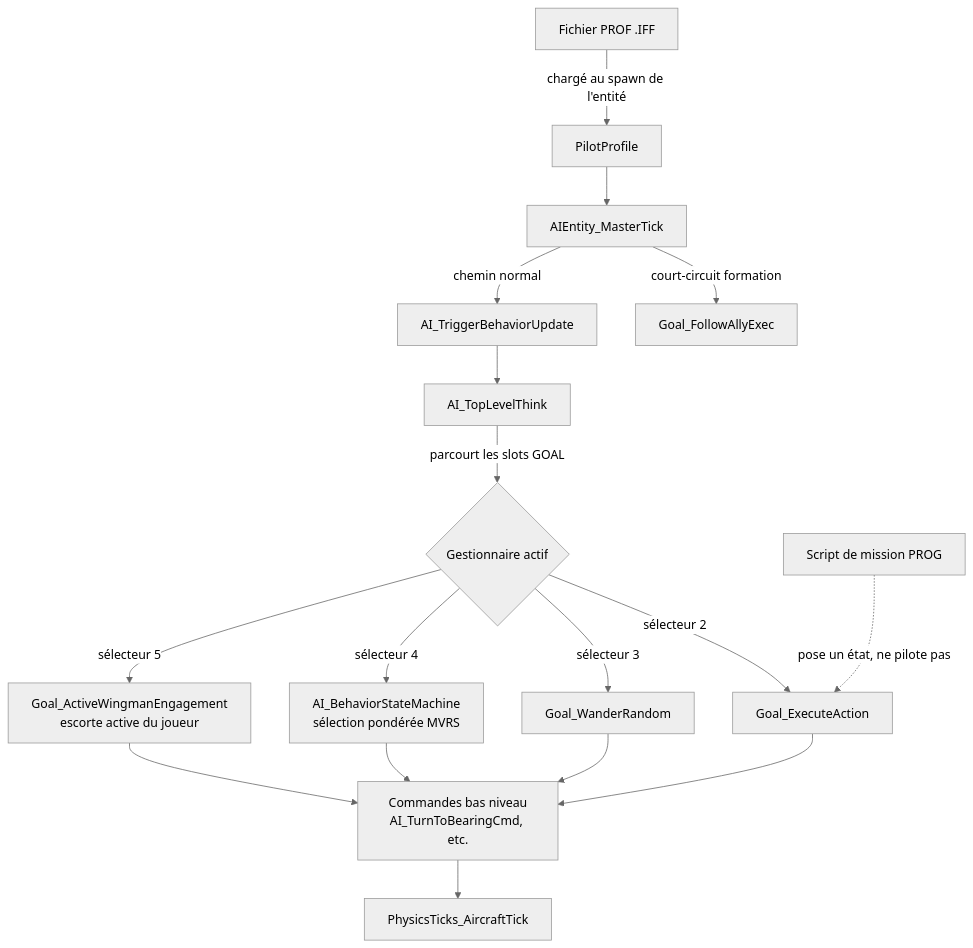
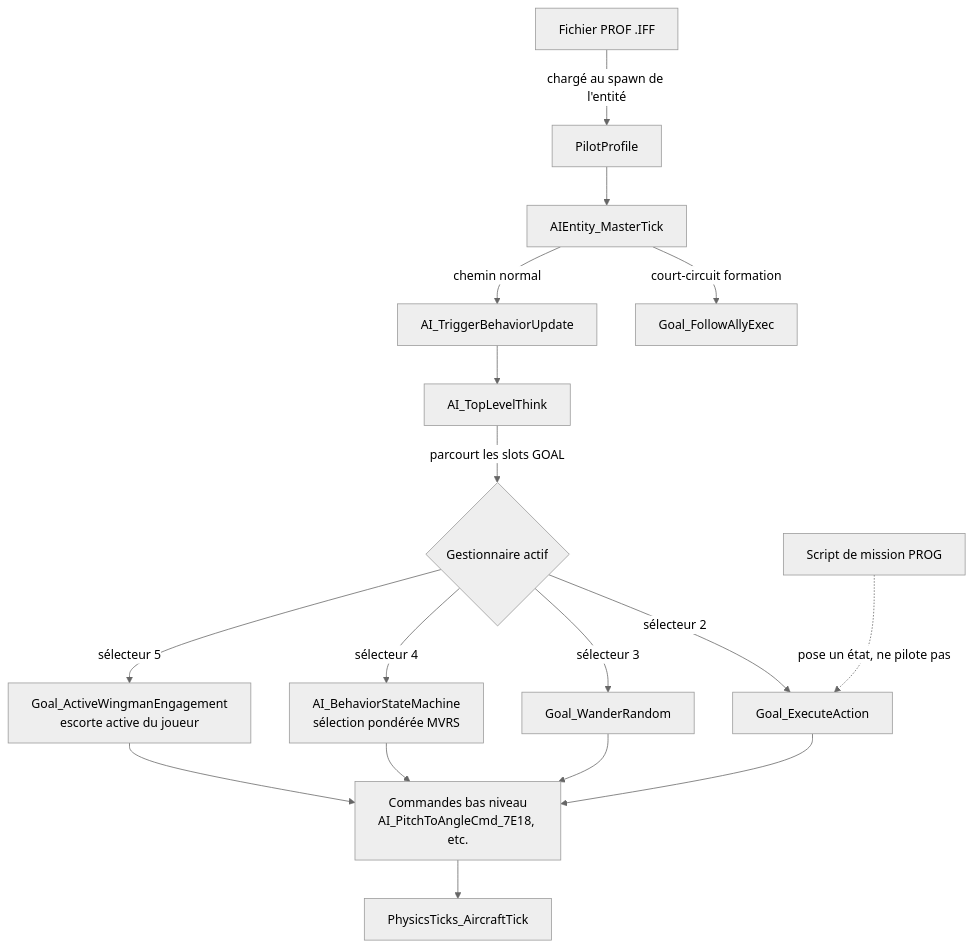
The first of 14 diagrams in analysis/AI_SYSTEM.md (remileonard/strike_commander_re), drawn with Mermaid (neutral theme) before and after one commit. The commit also changed other lines of this file and 19 other files, not shown here.

````diff
--- a/analysis/AI_SYSTEM.md
+++ b/analysis/AI_SYSTEM.md
@@ -18,19 +18,19 @@
 ```mermaid
 flowchart TD
     A[Fichier PROF .IFF] -->|chargé au spawn de l'entité| B[PilotProfile]
     B --> C[AIEntity_MasterTick]
     C -->|court-circuit formation| D[Goal_FollowAllyExec]
     C -->|chemin normal| E[AI_TriggerBehaviorUpdate]
     E --> F[AI_TopLevelThink]
     F -->|parcourt les slots GOAL| G{Gestionnaire actif}
     G -->|sélecteur 2| H[Goal_ExecuteAction]
     G -->|sélecteur 3| I[Goal_WanderRandom]
     G -->|sélecteur 4| J[AI_BehaviorStateMachine<br/>sélection pondérée MVRS]
     G -->|sélecteur 5| K[Goal_ActiveWingmanEngagement<br/>escorte active du joueur]
-    H --> L[Commandes bas niveau<br/>AI_TurnToBearingCmd, etc.]
+    H --> L[Commandes bas niveau<br/>AI_PitchToAngleCmd_7E18, etc.]
     J --> L
     K --> L
     I --> L
     L --> M[PhysicsTicks_AircraftTick]
     N[Script de mission PROG] -.->|pose un état, ne pilote pas| H
 ```
````
